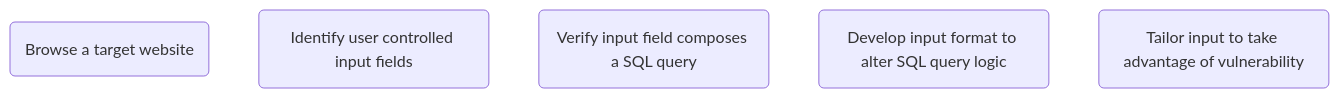
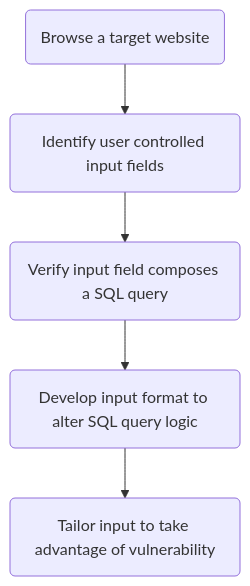
One commit to bgraham89/uoeo-eportfolio changed the diagram in assets/artefacts/ssd/diagrams/sqliPT.md. Above: the diagram before and after it, drawn with Mermaid. The commit also changed 2 other files, not shown here.

Commit message:
edit banner colour to match pattern

````diff
--- a/assets/artefacts/ssd/diagrams/sqliPT.md
+++ b/assets/artefacts/ssd/diagrams/sqliPT.md
@@ -3,8 +3,9 @@
 ```mermaid
 flowchart TD
 Browse(Browse a target website)
 Identify(Identify user controlled input fields)
 Verify(Verify input field composes a SQL query)
 Develop(Develop input format to alter SQL query logic)
 Tailor(Tailor input to take advantage of vulnerability)
+Browse-->Identify-->Verify-->Develop-->Tailor
 ```
````
